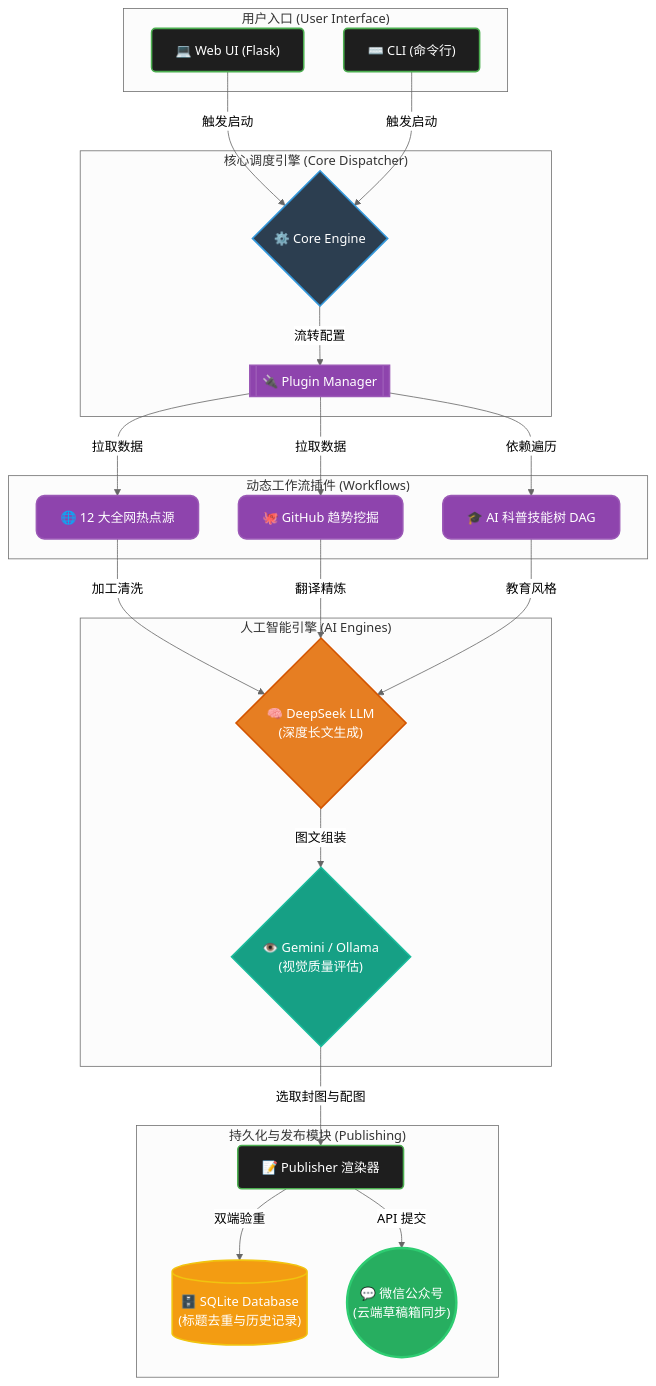
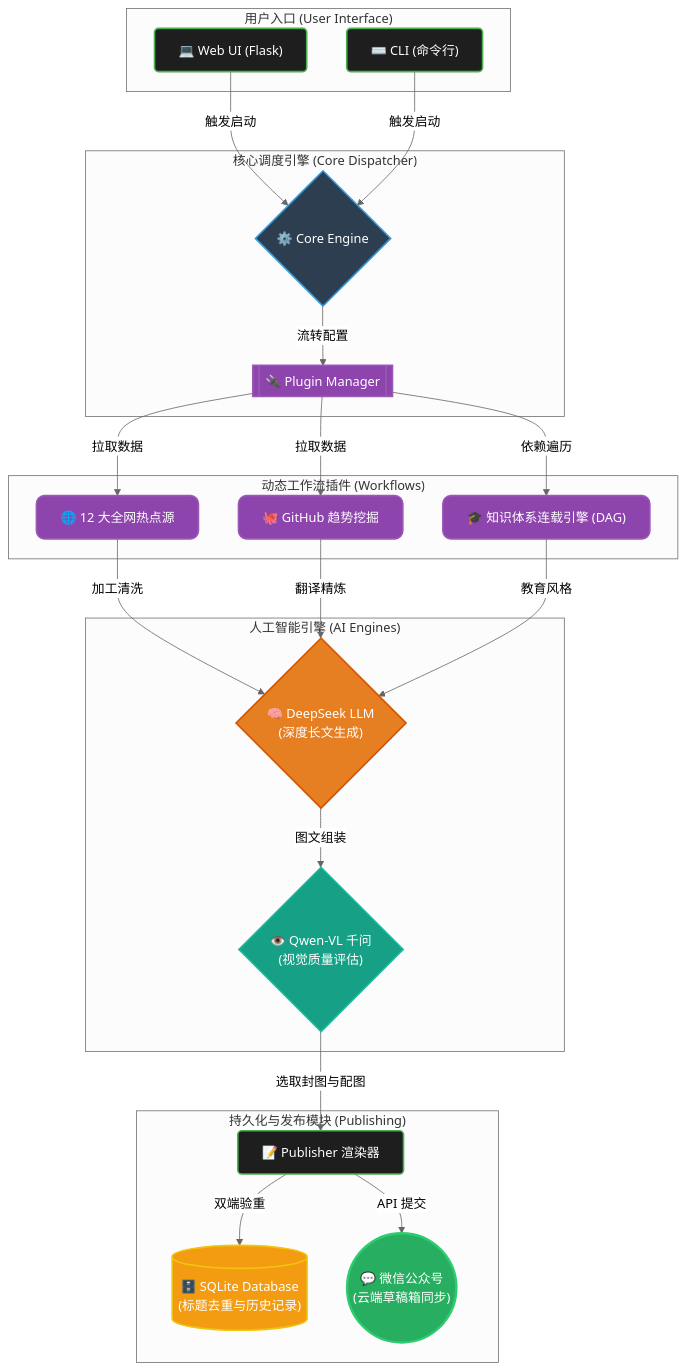
The first of 2 diagrams in README.md (Chain813/wechat-automatic-publisher), drawn with Mermaid (neutral theme) before and after one commit. The commit also changed other lines of this file and 30 other files, not shown here.

````diff
--- a/README.md
+++ b/README.md
@@ -35,54 +35,54 @@
 ```mermaid
 graph TD
     %% 定义样式类
     classDef ui fill:#1E1E1E,stroke:#4CAF50,stroke-width:2px,color:#fff,rx:5px
     classDef engine fill:#2C3E50,stroke:#3498DB,stroke-width:2px,color:#fff,rx:10px
     classDef plugin fill:#8E44AD,stroke:#9B59B6,stroke-width:2px,color:#fff,rx:10px
     classDef llm fill:#E67E22,stroke:#D35400,stroke-width:2px,color:#fff,rx:5px
     classDef vision fill:#16A085,stroke:#1ABC9C,stroke-width:2px,color:#fff,rx:5px
     classDef wechat fill:#27AE60,stroke:#2ECC71,stroke-width:3px,color:#fff,rx:15px
     classDef db fill:#F39C12,stroke:#F1C40F,stroke-width:2px,color:#fff,rx:5px
 
     subgraph UI ["用户入口 (User Interface)"]
         A1["💻 Web UI (Flask)"]:::ui
         A2["⌨️ CLI (命令行)"]:::ui
     end
 
     subgraph Core ["核心调度引擎 (Core Dispatcher)"]
         B{"⚙️ Core Engine"}:::engine
         C[["🔌 Plugin Manager"]]:::plugin
     end
 
     subgraph Workflows ["动态工作流插件 (Workflows)"]
         D["🌐 12 大全网热点源"]:::plugin
         E["🐙 GitHub 趋势挖掘"]:::plugin
-        F["🎓 AI 科普技能树 DAG"]:::plugin
+        F["🎓 知识体系连载引擎 (DAG)"]:::plugin
     end
 
     subgraph AIEngines ["人工智能引擎 (AI Engines)"]
         G{"🧠 DeepSeek LLM\n(深度长文生成)"}:::llm
-        H{"👁️ Gemini / Ollama\n(视觉质量评估)"}:::vision
+        H{"👁️ Qwen-VL 千问\n(视觉质量评估)"}:::vision
     end
 
     subgraph Publishing ["持久化与发布模块 (Publishing)"]
         J["📝 Publisher 渲染器"]:::ui
         DB[("🗄️ SQLite Database\n(标题去重与历史记录)")]:::db
         K(("💬 微信公众号\n(云端草稿箱同步)")):::wechat
     end
 
     A1 -->|触发启动| B
     A2 -->|触发启动| B
     B -->|流转配置| C
     C -->|拉取数据| D
     C -->|拉取数据| E
     C -->|依赖遍历| F
     
     D -->|加工清洗| G
     E -->|翻译精炼| G
     F -->|教育风格| G
     
     G -->|图文组装| H
     H -->|选取封图与配图| J
     J -->|双端验重| DB
     J -->|API 提交| K
 ```
````
